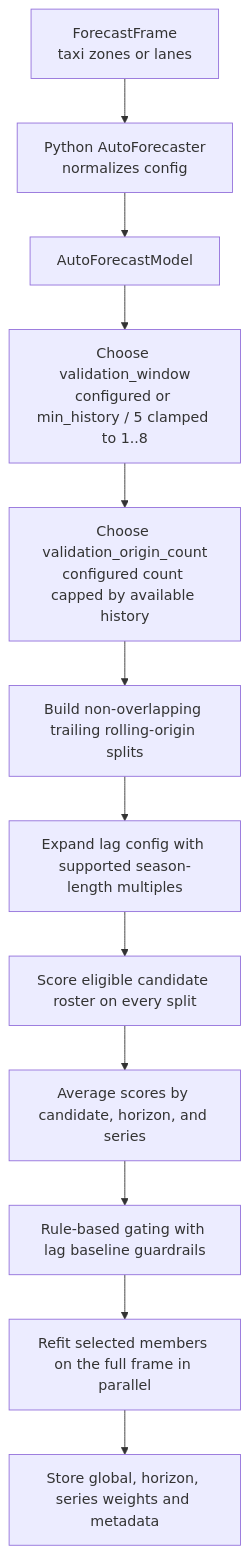
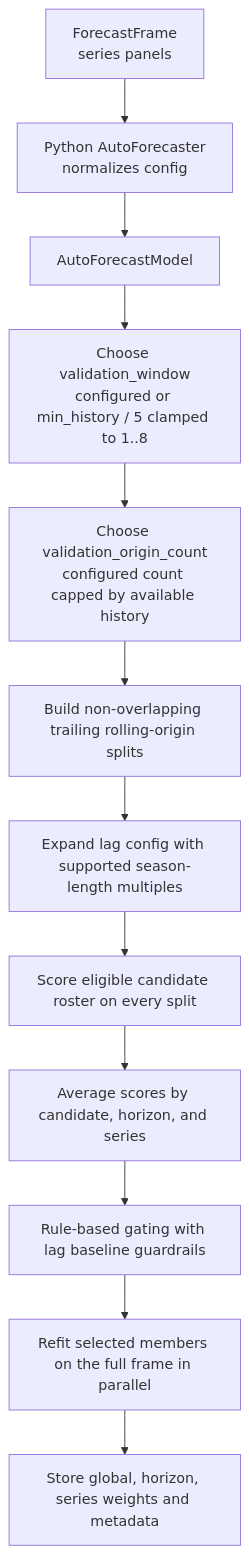
One commit to TheCulliganMan/CartoBoost changed the first of 4 diagrams in docs/user-guide/forecasting-models/auto-forecaster.md. Above: the diagram before and after it, drawn with Mermaid. The commit also changed other lines of this file and 85 other files, not shown here.

````diff
--- a/docs/user-guide/forecasting-models/auto-forecaster.md
+++ b/docs/user-guide/forecasting-models/auto-forecaster.md
@@ -67,14 +66,14 @@
 ```mermaid
 flowchart TD
-    A["ForecastFrame<br/>taxi zones or lanes"] --> B["Python AutoForecaster<br/>normalizes config"]
+    A["ForecastFrame<br/>series panels"] --> B["Python AutoForecaster<br/>normalizes config"]
     B --> C["AutoForecastModel"]
     C --> D["Choose validation_window<br/>configured or min_history / 5 clamped to 1..8"]
     D --> E["Choose validation_origin_count<br/>configured count capped by available history"]
     E --> F["Build non-overlapping trailing rolling-origin splits"]
     F --> G["Expand lag config with supported season-length multiples"]
     G --> H["Score eligible candidate roster on every split"]
     H --> I["Average scores by candidate, horizon, and series"]
     I --> J["Rule-based gating with lag baseline guardrails"]
     J --> K["Refit selected members on the full frame in parallel"]
     K --> L["Store global, horizon, series weights and metadata"]
 ```
````
